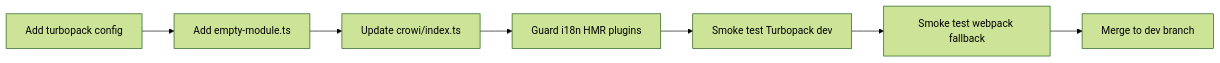
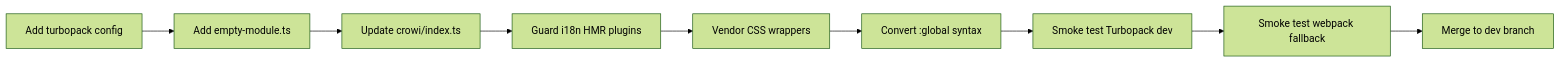
Before and after one commit to growilabs/growi: the third of 3 diagrams in .kiro/specs/migrate-to-turbopack/design.md, drawn with Mermaid (forest theme). The commit also changed other lines of this file and 135 other files, not shown here.

````diff
--- a/.kiro/specs/migrate-to-turbopack/design.md
+++ b/.kiro/specs/migrate-to-turbopack/design.md
@@ -374,9 +462,11 @@
 ```mermaid
 flowchart LR
     A[Add turbopack config] --> B[Add empty-module.ts]
     B --> C[Update crowi/index.ts]
     C --> D[Guard i18n HMR plugins]
-    D --> E[Smoke test Turbopack dev]
-    E --> F[Smoke test webpack fallback]
-    F --> G[Merge to dev branch]
+    D --> E[Vendor CSS wrappers]
+    E --> F[Convert :global syntax]
+    F --> G[Smoke test Turbopack dev]
+    G --> H[Smoke test webpack fallback]
+    H --> I[Merge to dev branch]
 ```
````
